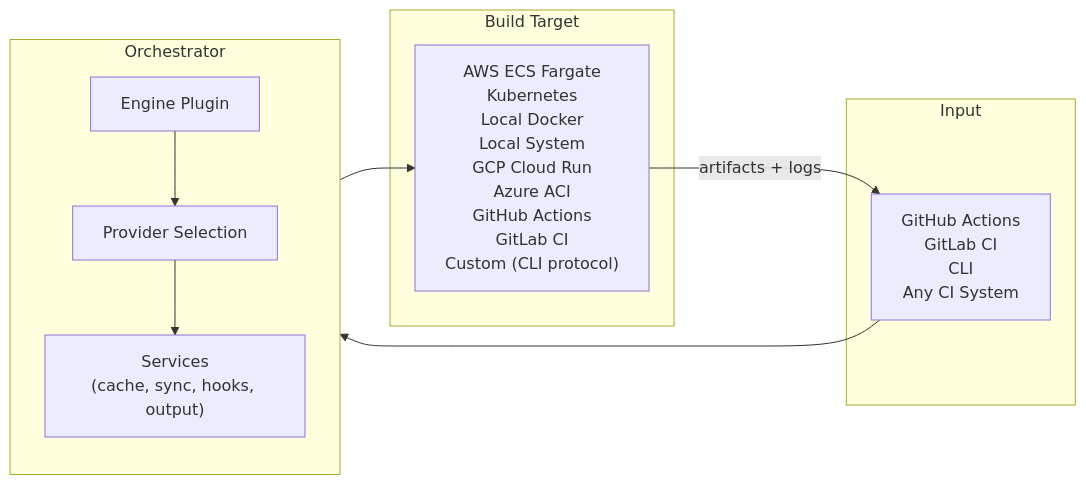
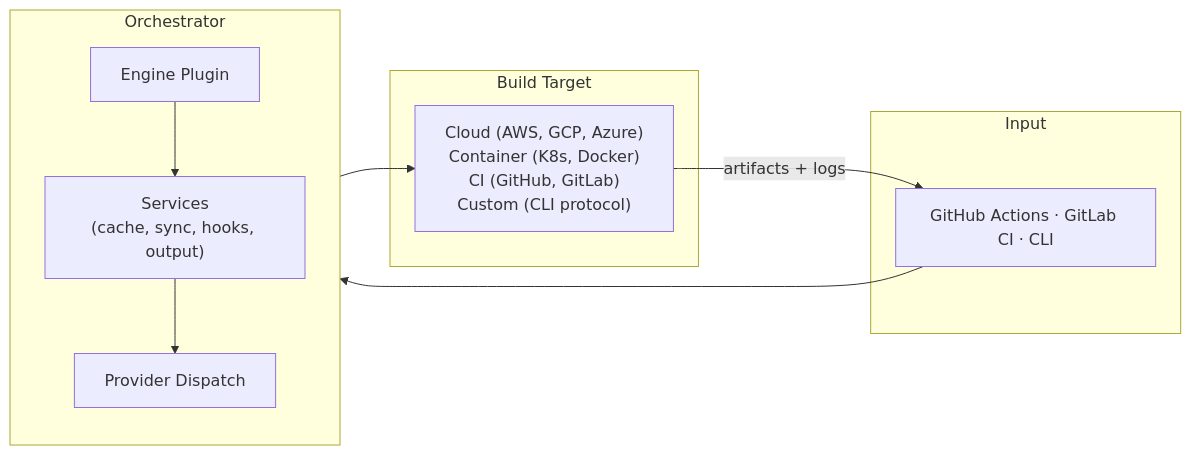
One commit to game-ci/orchestrator changed the first of 2 diagrams in README.md. Above: the diagram before and after it, drawn with Mermaid. The commit also changed other lines of this file, not shown here.

````diff
--- a/README.md
+++ b/README.md
@@ -7,17 +5,17 @@
 ```mermaid
 flowchart LR
   subgraph input["Input"]
-    A["GitHub Actions<br/>GitLab CI<br/>CLI<br/>Any CI System"]
+    A["GitHub Actions · GitLab CI · CLI"]
   end
   subgraph orchestrator["Orchestrator"]
     direction TB
-    E["Engine Plugin"] --> P["Provider Selection"]
-    P --> S["Services<br/>(cache, sync, hooks, output)"]
+    E["Engine Plugin"] --> S["Services<br/>(cache, sync, hooks, output)"]
+    S --> P["Provider Dispatch"]
   end
   subgraph targets["Build Target"]
-    C["AWS ECS Fargate<br/>Kubernetes<br/>Local Docker<br/>Local System<br/>GCP Cloud Run<br/>Azure ACI<br/>GitHub Actions<br/>GitLab CI<br/>Custom (CLI protocol)"]
+    C["Cloud (AWS, GCP, Azure)<br/>Container (K8s, Docker)<br/>CI (GitHub, GitLab)<br/>Custom (CLI protocol)"]
   end
   A --> E
-  S --> C
+  P --> C
   C -- "artifacts + logs" --> A
 ```
````
